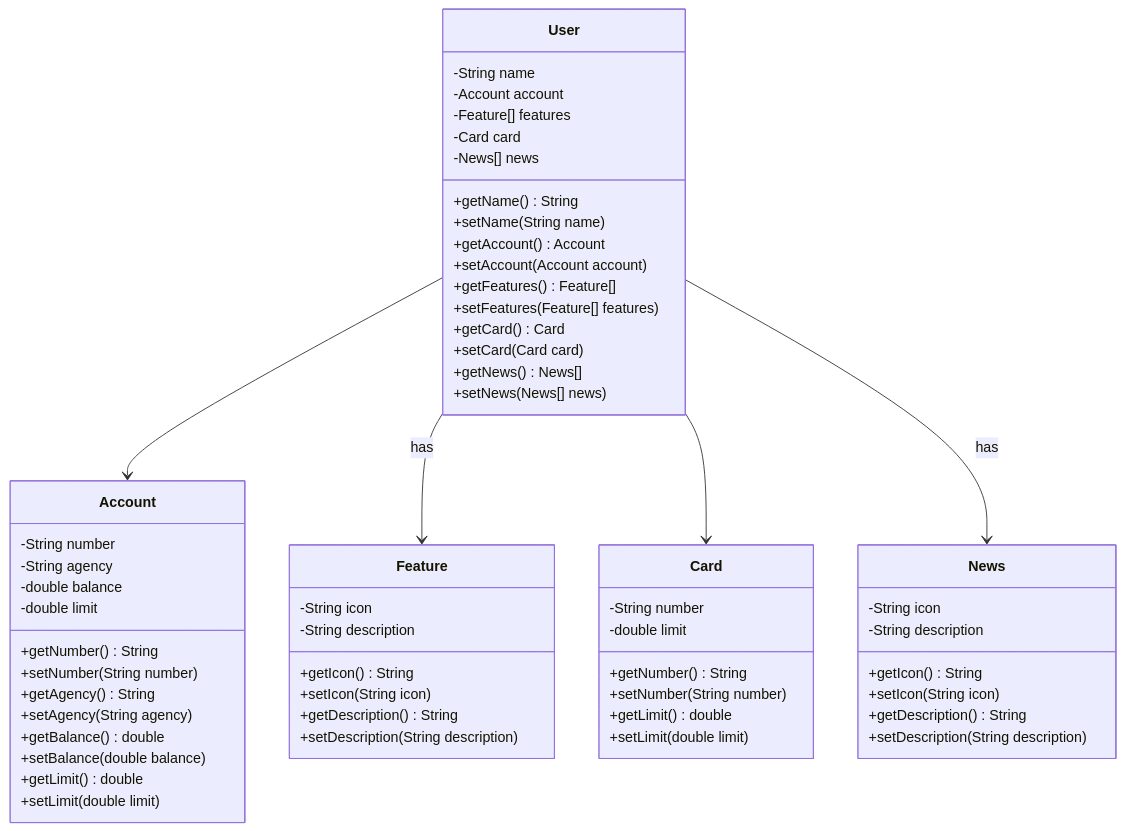
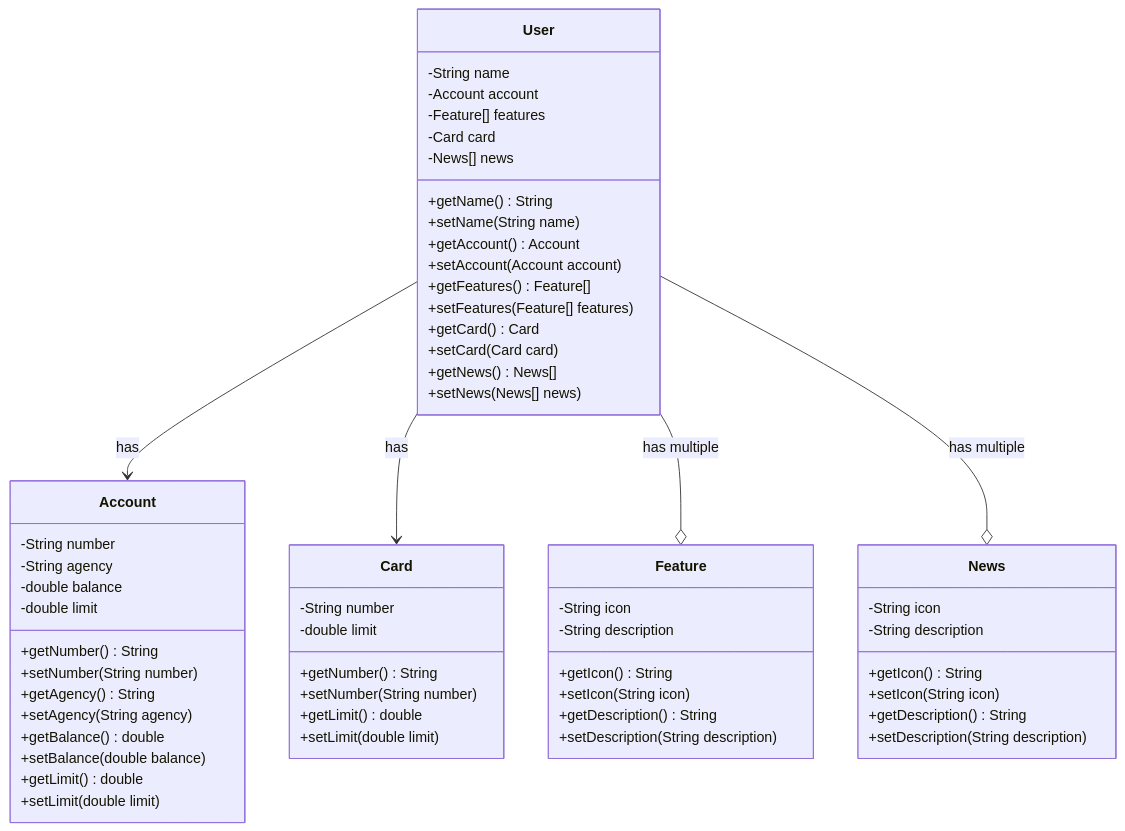
Before and after one commit to oliveiraspedro/decola-tech-2025: the diagram in README.md, drawn with Mermaid. The commit also changed other lines of this file, not shown here.

````diff
--- a/README.md
+++ b/README.md
@@ -4,67 +11,67 @@
 ```mermaid
 classDiagram
     class User {
         -String name
         -Account account
         -Feature[] features
         -Card card
         -News[] news
         +getName() String
         +setName(String name)
         +getAccount() Account
         +setAccount(Account account)
         +getFeatures() Feature[]
         +setFeatures(Feature[] features)
         +getCard() Card
         +setCard(Card card)
         +getNews() News[]
         +setNews(News[] news)
     }
 
     class Account {
         -String number
         -String agency
         -double balance
         -double limit
         +getNumber() String
         +setNumber(String number)
         +getAgency() String
         +setAgency(String agency)
         +getBalance() double
         +setBalance(double balance)
         +getLimit() double
         +setLimit(double limit)
     }
 
     class Feature {
         -String icon
         -String description
         +getIcon() String
         +setIcon(String icon)
         +getDescription() String
         +setDescription(String description)
     }
 
     class Card {
         -String number
         -double limit
         +getNumber() String
         +setNumber(String number)
         +getLimit() double
         +setLimit(double limit)
     }
 
     class News {
         -String icon
         -String description
         +getIcon() String
         +setIcon(String icon)
         +getDescription() String
         +setDescription(String description)
     }
 
-    User --> Account
-    User --> Feature : has
-    User --> Card
-    User --> News : has
+    User --> Account : has
+    User --> Card : has
+    User --o Feature : has multiple
+    User --o News : has multiple
 ```
````
